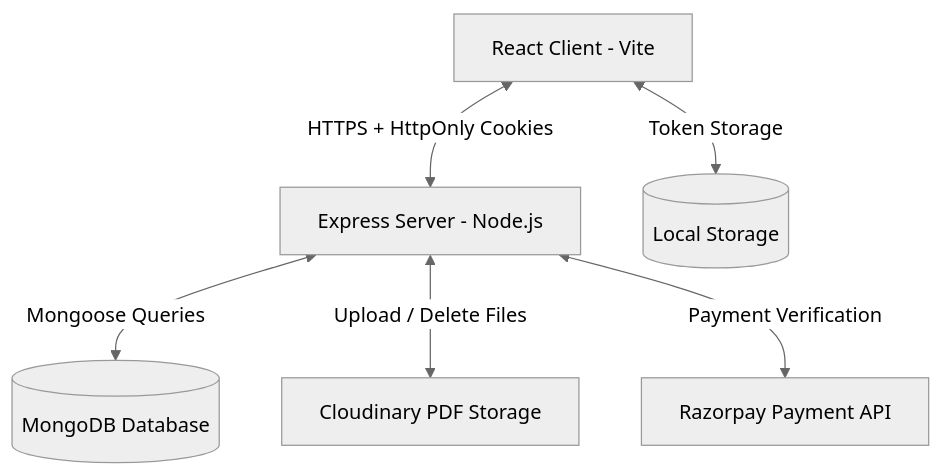
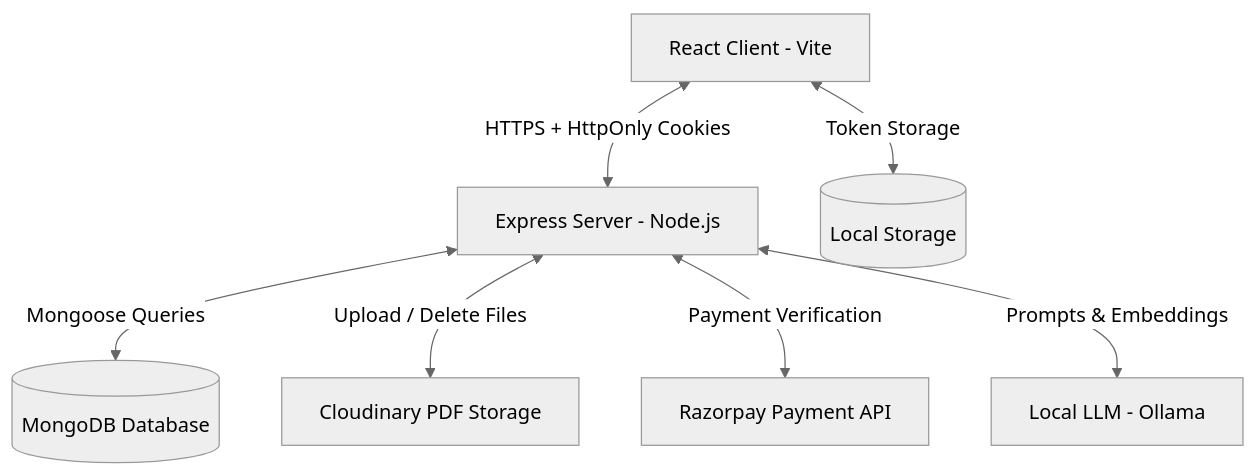
Before and after one commit to SwarnenduMani22/StudyTogether_WebApp: the diagram in README.md, drawn with Mermaid (neutral theme). The commit also changed other lines of this file, not shown here.

Commit message:
docs: improve architecture documentation

````diff
--- a/README.md
+++ b/README.md
@@ -99,8 +99,9 @@
 ```mermaid
 graph TD
     Client[React Client - Vite] <-->|HTTPS + HttpOnly Cookies| Server[Express Server - Node.js]
     Server <-->|Mongoose Queries| MongoDB[(MongoDB Database)]
     Server <-->|Upload / Delete Files| Cloudinary[Cloudinary PDF Storage]
     Client <-->|Token Storage| LocalStorage[(Local Storage)]
     Server <-->|Payment Verification| Razorpay[Razorpay Payment API]
+    Server <-->|Prompts & Embeddings| Ollama[Local LLM - Ollama]
 ```
````
